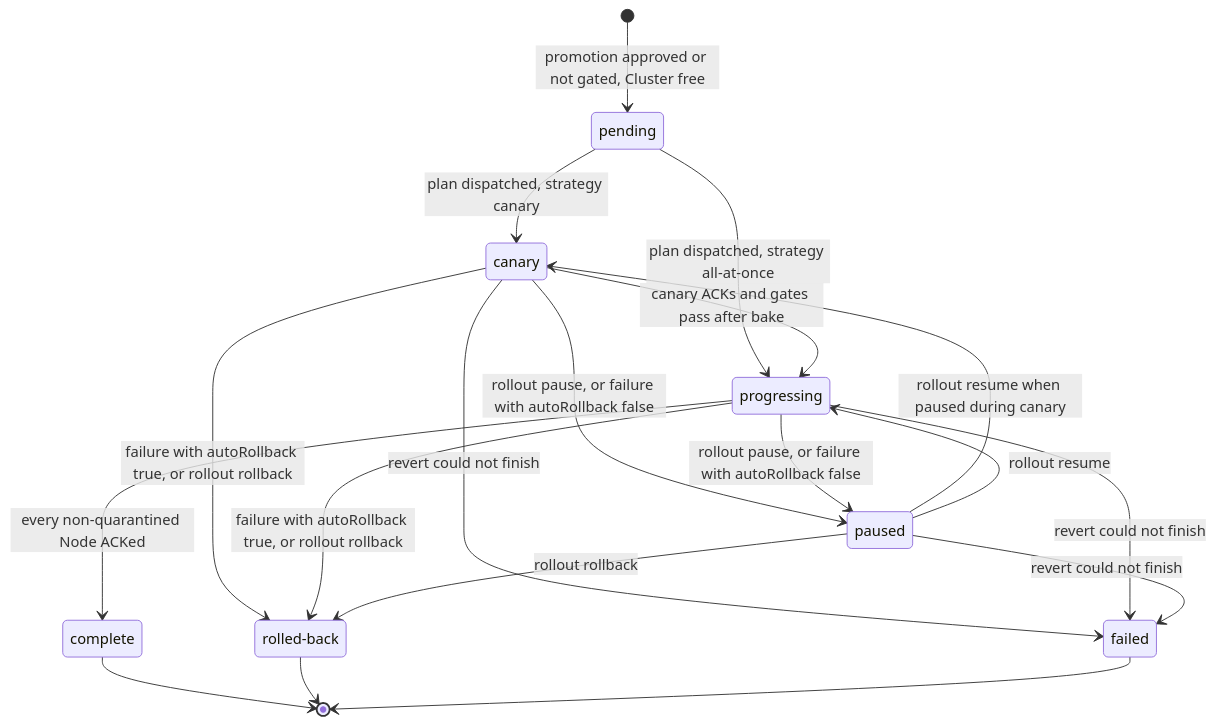
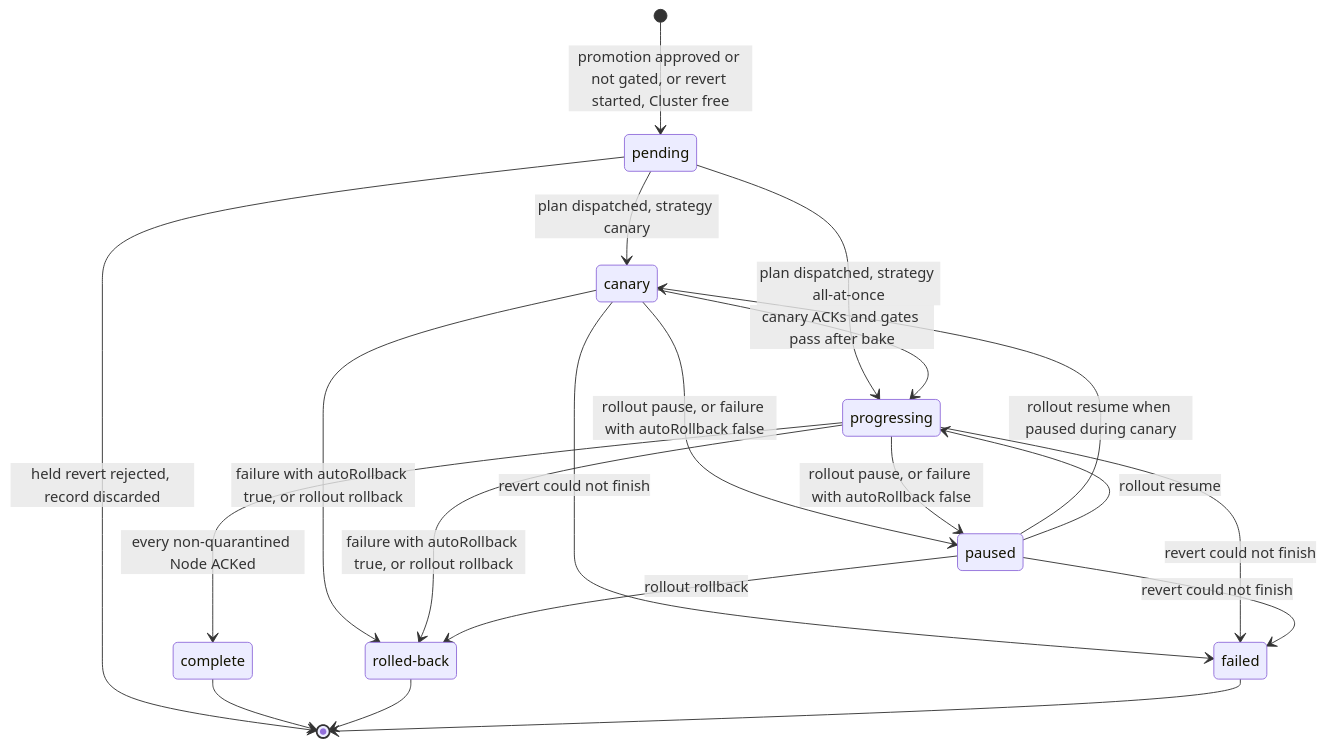
One commit to ravindu-rev/ruralz changed the third of 5 diagrams in docs/architecture/04-control-plane-and-gitops.md. Above: the diagram before and after it, drawn with Mermaid. The commit also changed other lines of this file and 9 other files, not shown here.

````diff
--- a/docs/architecture/04-control-plane-and-gitops.md
+++ b/docs/architecture/04-control-plane-and-gitops.md
@@ -305,22 +307,23 @@
 ```mermaid
 stateDiagram-v2
     state "rolled-back" as RolledBack
-    [*] --> pending: promotion approved or not gated, Cluster free
+    [*] --> pending: promotion approved or not gated, or revert started, Cluster free
+    pending --> [*]: held revert rejected, record discarded
     pending --> canary: plan dispatched, strategy canary
     pending --> progressing: plan dispatched, strategy all-at-once
     canary --> progressing: canary ACKs and gates pass after bake
     canary --> paused: rollout pause, or failure with autoRollback false
     canary --> RolledBack: failure with autoRollback true, or rollout rollback
     progressing --> complete: every non-quarantined Node ACKed
     progressing --> paused: rollout pause, or failure with autoRollback false
     progressing --> RolledBack: failure with autoRollback true, or rollout rollback
     paused --> canary: rollout resume when paused during canary
     paused --> progressing: rollout resume
     paused --> RolledBack: rollout rollback
     canary --> failed: revert could not finish
     progressing --> failed: revert could not finish
     paused --> failed: revert could not finish
     complete --> [*]
     RolledBack --> [*]
     failed --> [*]
 ```
````
